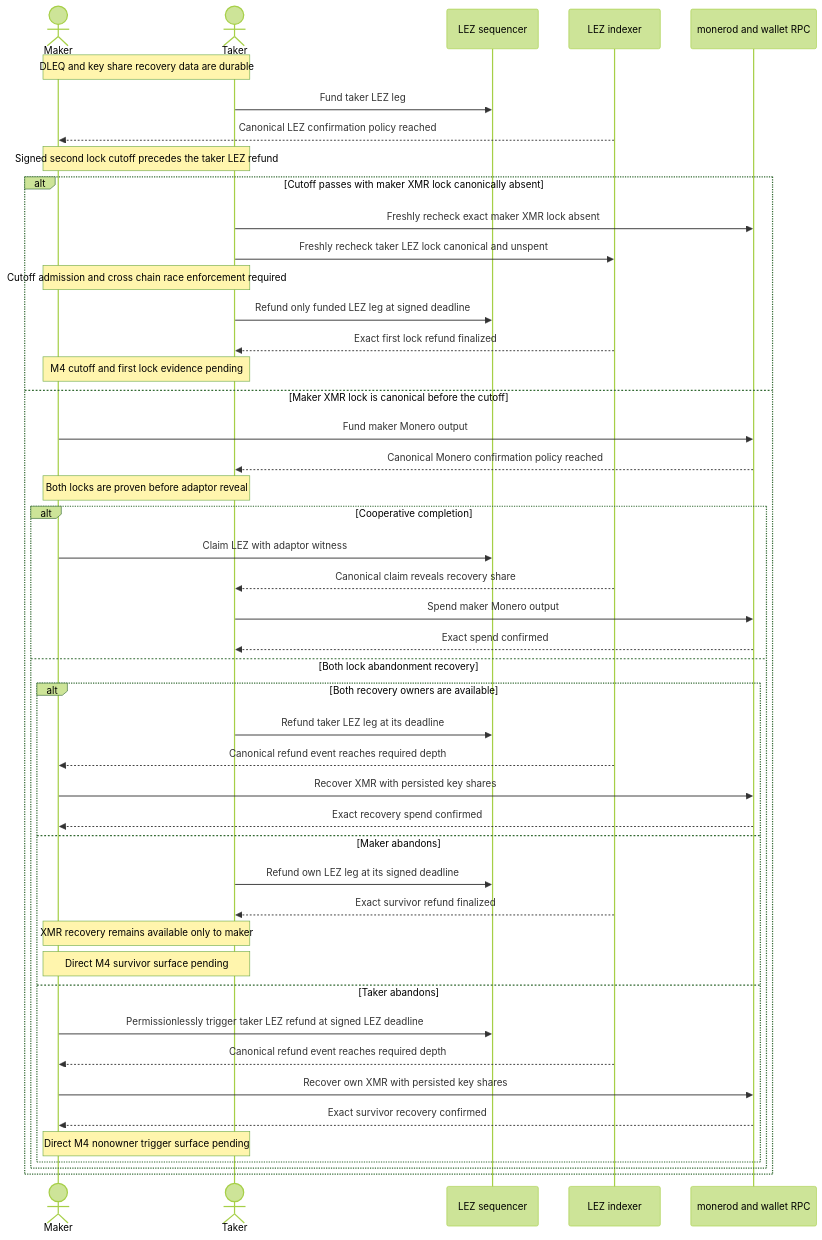
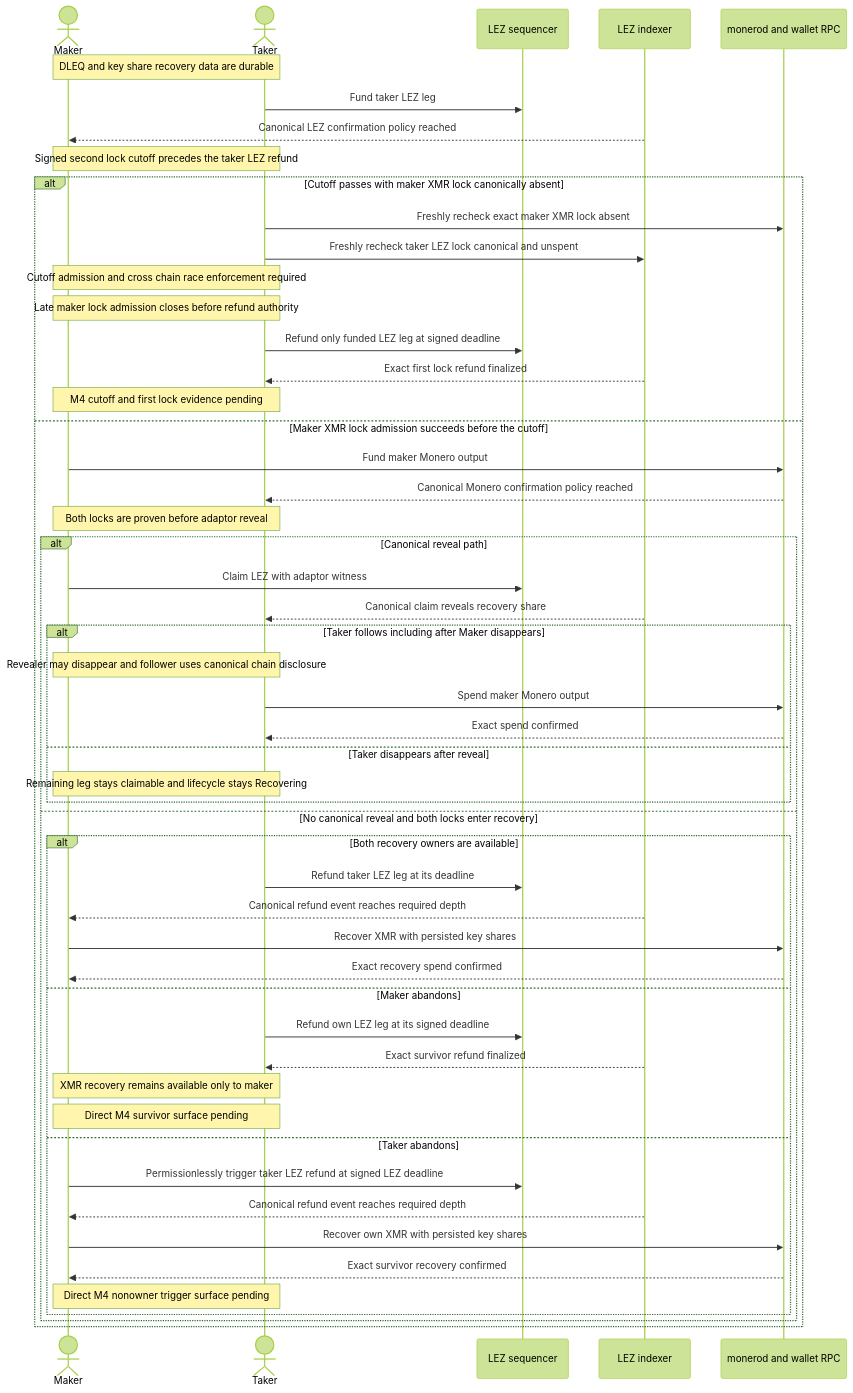
Diagram 16 of 21 in docs/architecture/system-architecture.md (gateway-fm/lez-atomic-swaps), drawn with Mermaid (forest theme) before and after one commit. The commit also changed other lines of this file and 25 other files, not shown here.

Commit message:
feat: gate first-lock recovery on canonical absence

````diff
--- a/docs/architecture/system-architecture.md
+++ b/docs/architecture/system-architecture.md
@@ -1531,49 +1605,55 @@
 ```mermaid
 sequenceDiagram
     actor Maker
     actor Taker
     participant LezSeq as LEZ sequencer
     participant LezIdx as LEZ indexer
     participant Monero as monerod and wallet RPC
 
     Note over Maker,Taker: DLEQ and key share recovery data are durable
     Taker->>LezSeq: Fund taker LEZ leg
     LezIdx-->>Maker: Canonical LEZ confirmation policy reached
     Note over Maker,Taker: Signed second lock cutoff precedes the taker LEZ refund
     alt Cutoff passes with maker XMR lock canonically absent
         Taker->>Monero: Freshly recheck exact maker XMR lock absent
         Taker->>LezIdx: Freshly recheck taker LEZ lock canonical and unspent
         Note over Maker,Taker: Cutoff admission and cross chain race enforcement required
+        Note over Maker,Taker: Late maker lock admission closes before refund authority
         Taker->>LezSeq: Refund only funded LEZ leg at signed deadline
         LezIdx-->>Taker: Exact first lock refund finalized
         Note over Maker,Taker: M4 cutoff and first lock evidence pending
-    else Maker XMR lock is canonical before the cutoff
+    else Maker XMR lock admission succeeds before the cutoff
         Maker->>Monero: Fund maker Monero output
         Monero-->>Taker: Canonical Monero confirmation policy reached
         Note over Maker,Taker: Both locks are proven before adaptor reveal
-        alt Cooperative completion
+        alt Canonical reveal path
             Maker->>LezSeq: Claim LEZ with adaptor witness
             LezIdx-->>Taker: Canonical claim reveals recovery share
-            Taker->>Monero: Spend maker Monero output
-            Monero-->>Taker: Exact spend confirmed
-        else Both lock abandonment recovery
+            alt Taker follows including after Maker disappears
+                Note over Maker,Taker: Revealer may disappear and follower uses canonical chain disclosure
+                Taker->>Monero: Spend maker Monero output
+                Monero-->>Taker: Exact spend confirmed
+            else Taker disappears after reveal
+                Note over Maker,Taker: Remaining leg stays claimable and lifecycle stays Recovering
+            end
+        else No canonical reveal and both locks enter recovery
             alt Both recovery owners are available
                 Taker->>LezSeq: Refund taker LEZ leg at its deadline
                 LezIdx-->>Maker: Canonical refund event reaches required depth
                 Maker->>Monero: Recover XMR with persisted key shares
                 Monero-->>Maker: Exact recovery spend confirmed
             else Maker abandons
                 Taker->>LezSeq: Refund own LEZ leg at its signed deadline
                 LezIdx-->>Taker: Exact survivor refund finalized
                 Note over Maker,Taker: XMR recovery remains available only to maker
                 Note over Maker,Taker: Direct M4 survivor surface pending
             else Taker abandons
                 Maker->>LezSeq: Permissionlessly trigger taker LEZ refund at signed LEZ deadline
                 LezIdx-->>Maker: Canonical refund event reaches required depth
                 Maker->>Monero: Recover own XMR with persisted key shares
                 Monero-->>Maker: Exact survivor recovery confirmed
                 Note over Maker,Taker: Direct M4 nonowner trigger surface pending
             end
         end
     end
 ```
````
